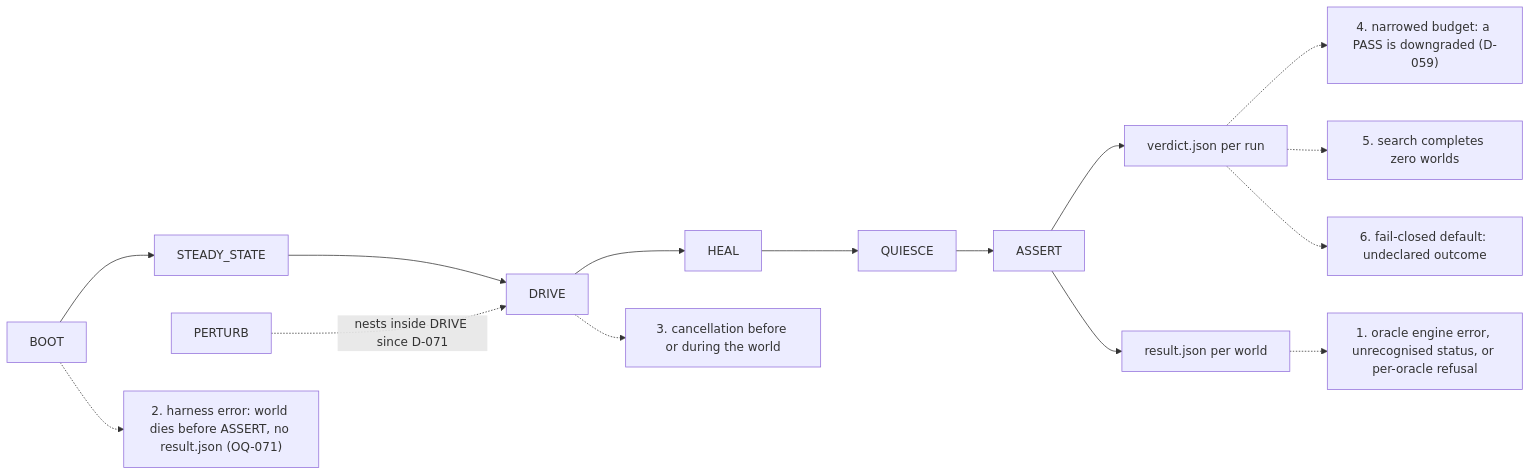
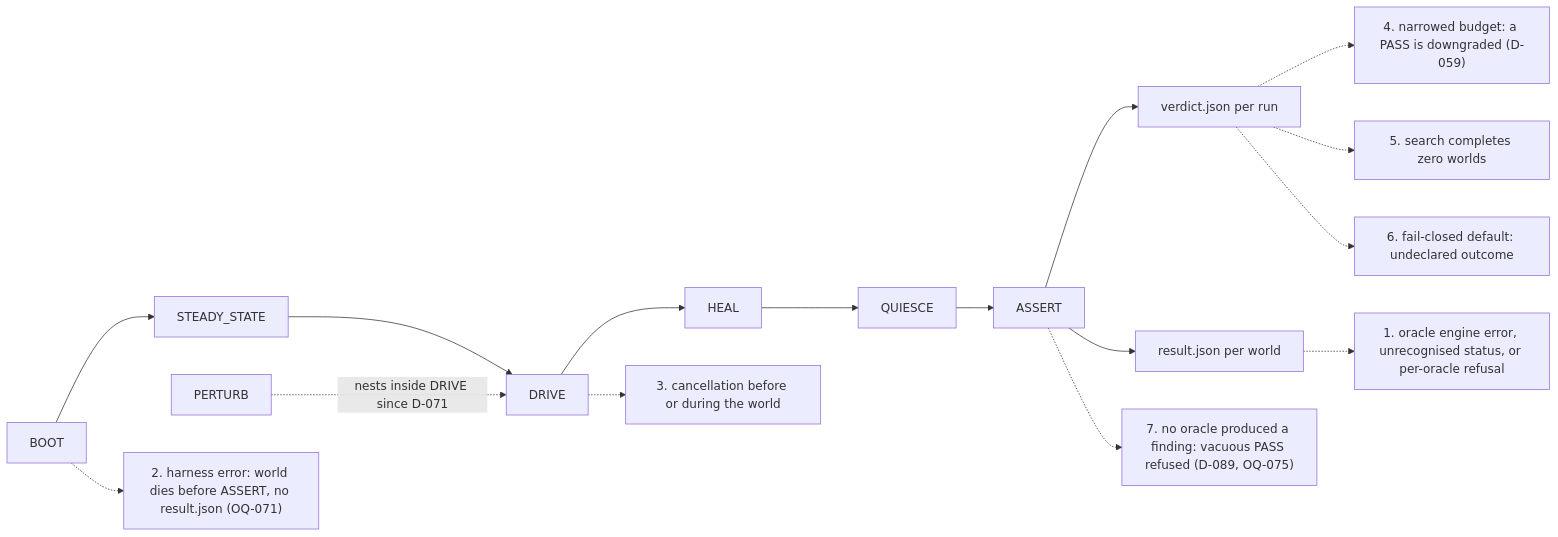
Before and after one commit to WrdCstlg/pro-thesis: the second of 3 diagrams in docs/ARCHITECTURE.md, drawn with Mermaid. The commit also changed other lines of this file and 7 other files, not shown here.

Commit message:
fix(control): a world no oracle judged is INCONCLUSIVE, not PASS; bound the ASSERT-time container inspect (D-089, OQ-075)

````diff
--- a/docs/ARCHITECTURE.md
+++ b/docs/ARCHITECTURE.md
@@ -60,20 +60,22 @@
 ```mermaid
 flowchart LR
     BOOT --> STEADY_STATE --> DRIVE --> HEAL --> QUIESCE --> ASSERT
     PERTURB -.->|nests inside DRIVE since D-071| DRIVE
     ASSERT --> VJ["verdict.json per run"]
     ASSERT --> RJ["result.json per world"]
 
     INC1["1. oracle engine error, unrecognised status, or per-oracle refusal"]
     INC2["2. harness error: world dies before ASSERT, no result.json (OQ-071)"]
     INC3["3. cancellation before or during the world"]
     INC4["4. narrowed budget: a PASS is downgraded (D-059)"]
     INC5["5. search completes zero worlds"]
     INC6["6. fail-closed default: undeclared outcome"]
+    INC7["7. no oracle produced a finding: vacuous PASS refused (D-089, OQ-075)"]
     RJ -.-> INC1
     BOOT -.-> INC2
     DRIVE -.-> INC3
     VJ -.-> INC4
     VJ -.-> INC5
     VJ -.-> INC6
+    ASSERT -.-> INC7
 ```
````
